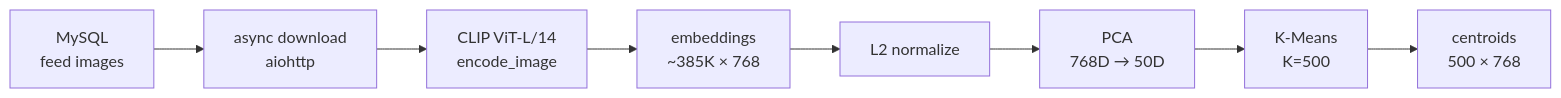
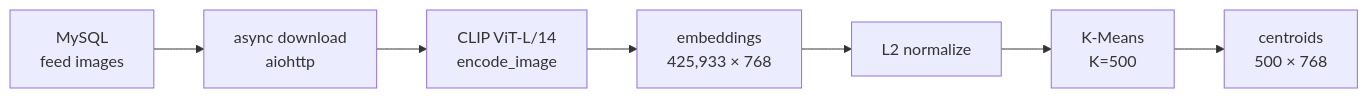
The first of 2 diagrams in projects/inpose.md (Ssopaa/Ssopaa), drawn with Mermaid before and after one commit. The commit also changed other lines of this file and 1 other file, not shown here.

First line of the commit message:
Use 425,933 image count and drop PCA from K-Means pipeline

````diff
--- a/projects/inpose.md
+++ b/projects/inpose.md
@@ -34,10 +34,9 @@
 ```mermaid
 flowchart LR
     A[MySQL<br/>feed images] --> B[async download<br/>aiohttp]
     B --> C[CLIP ViT-L/14<br/>encode_image]
-    C --> D[embeddings<br/>~385K × 768]
+    C --> D[embeddings<br/>425,933 × 768]
     D --> E[L2 normalize]
-    E --> F[PCA<br/>768D → 50D]
-    F --> G[K-Means<br/>K=500]
+    E --> G[K-Means<br/>K=500]
     G --> H[centroids<br/>500 × 768]
 ```
````
